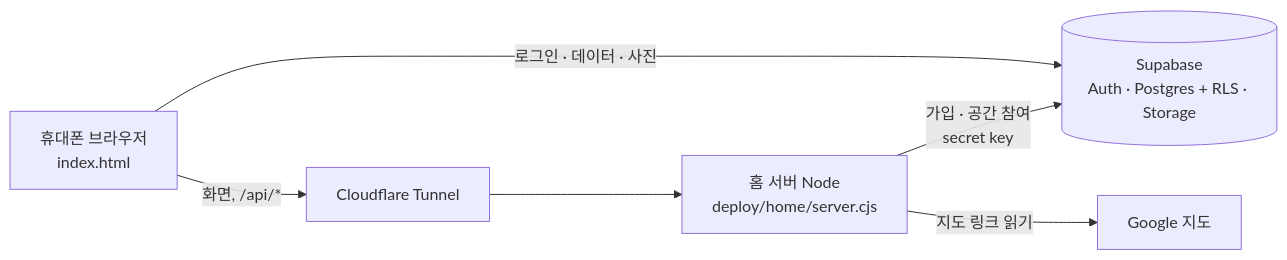
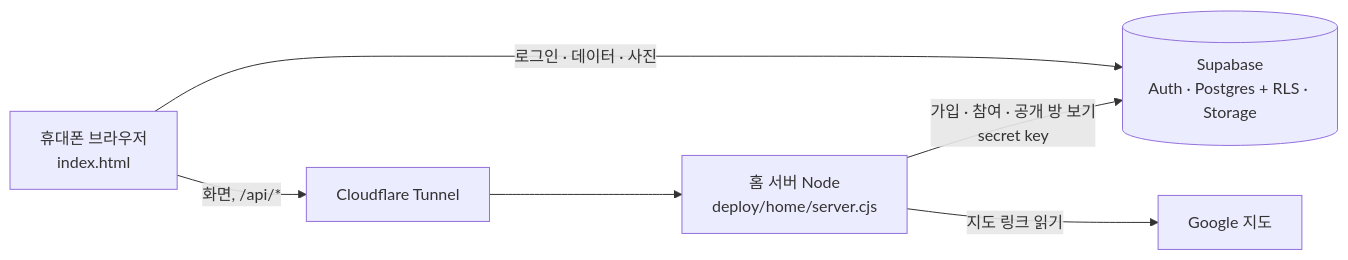
One commit to Wonseok-ICSK/group-place changed the diagram in README.md. Above: the diagram before and after it, drawn with Mermaid. The commit also changed other lines of this file and 18 other files, not shown here.

````diff
--- a/README.md
+++ b/README.md
@@ -71,8 +85,8 @@
 ```mermaid
 flowchart LR
   B["휴대폰 브라우저<br/>index.html"] -->|화면, /api/*| T["Cloudflare Tunnel"]
   T --> S["홈 서버 Node<br/>deploy/home/server.cjs"]
   B -->|로그인 · 데이터 · 사진| SB[("Supabase<br/>Auth · Postgres + RLS · Storage")]
-  S -->|가입 · 공간 참여<br/>secret key| SB
+  S -->|가입 · 참여 · 공개 방 보기<br/>secret key| SB
   S -->|지도 링크 읽기| G["Google 지도"]
 ```
````
